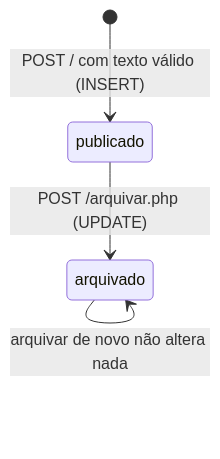
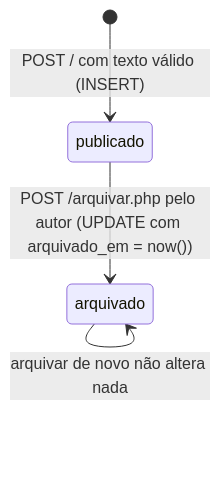
The second of 2 diagrams in docs/modelo-de-dados.md (jacksongomesbr/uft-cc-dwm-mini-mural-php), drawn with Mermaid before and after one commit. The commit also changed other lines of this file and 7 other files, not shown here.

````diff
--- a/docs/modelo-de-dados.md
+++ b/docs/modelo-de-dados.md
@@ -71,6 +80,6 @@
 ```mermaid
 stateDiagram-v2
     [*] --> publicado: POST / com texto válido (INSERT)
-    publicado --> arquivado: POST /arquivar.php (UPDATE)
+    publicado --> arquivado: POST /arquivar.php pelo autor (UPDATE com arquivado_em = now())
     arquivado --> arquivado: arquivar de novo não altera nada
 ```
````
